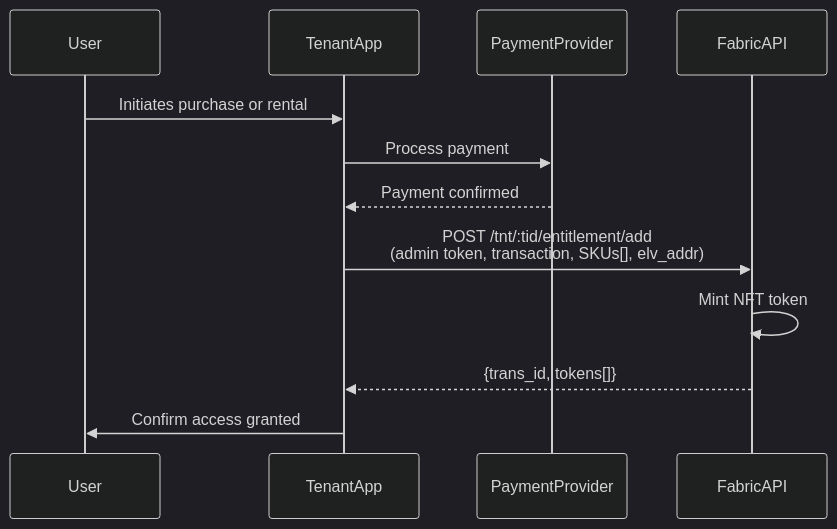
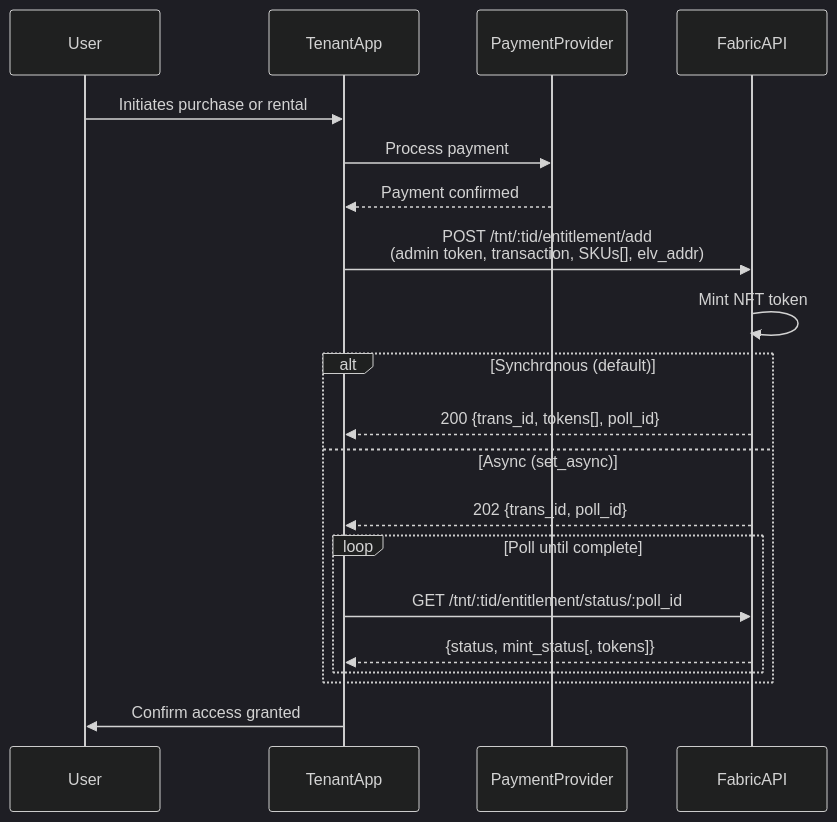
Before and after one commit to eluv-io/elv-docs: the diagram in media-wallet/purchase/entitlements/README.md, drawn with Mermaid (dark theme). The commit also changed other lines of this file and 1 other file, not shown here.

Commit message:
add docs for async entitlement-add options (#21)

````diff
--- a/media-wallet/purchase/entitlements/README.md
+++ b/media-wallet/purchase/entitlements/README.md
@@ -9,15 +10,25 @@
 ```mermaid
 sequenceDiagram
     participant User
     participant TenantApp
     participant PaymentProvider
     participant FabricAPI
 
     User->>TenantApp: Initiates purchase or rental
     TenantApp->>PaymentProvider: Process payment
     PaymentProvider-->>TenantApp: Payment confirmed
     TenantApp->>FabricAPI: POST /tnt/:tid/entitlement/add<br/>(admin token, transaction, SKUs[], elv_addr)
     FabricAPI->>FabricAPI: Mint NFT token
-    FabricAPI-->>TenantApp: {trans_id, tokens[]}
+
+    alt Synchronous (default)
+        FabricAPI-->>TenantApp: 200 {trans_id, tokens[], poll_id}
+    else Async (set_async)
+        FabricAPI-->>TenantApp: 202 {trans_id, poll_id}
+        loop Poll until complete
+            TenantApp->>FabricAPI: GET /tnt/:tid/entitlement/status/:poll_id
+            FabricAPI-->>TenantApp: {status, mint_status[, tokens]}
+        end
+    end
+
     TenantApp->>User: Confirm access granted
 ```
````
